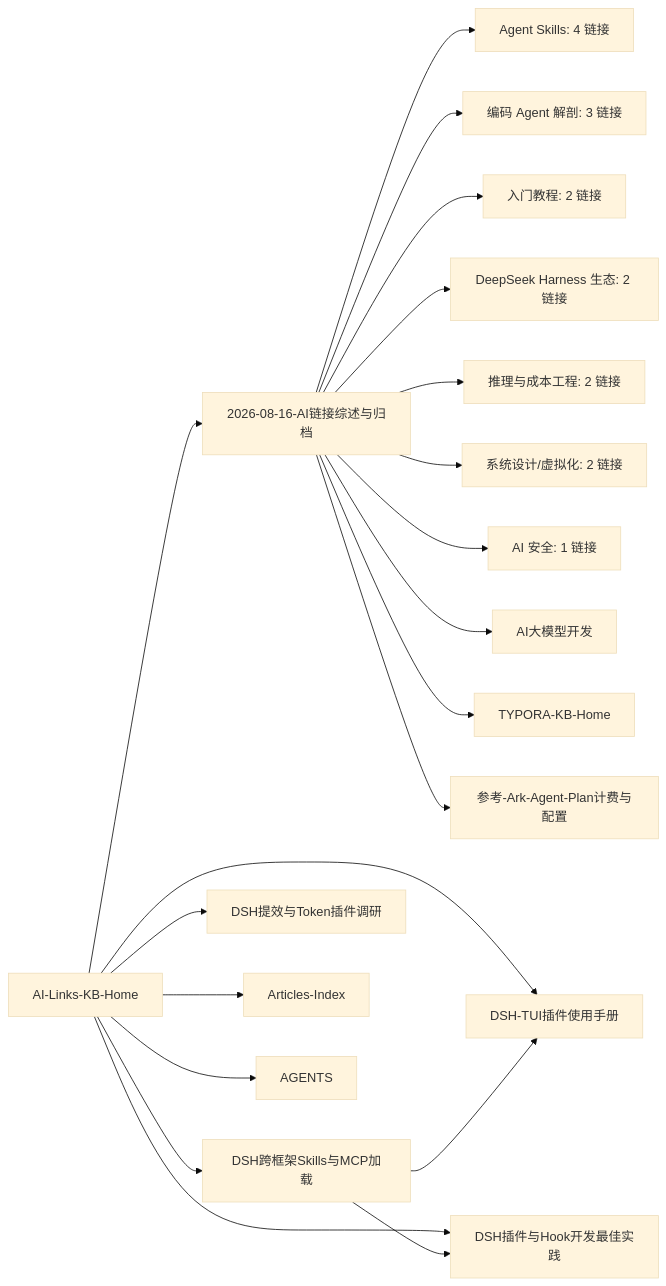
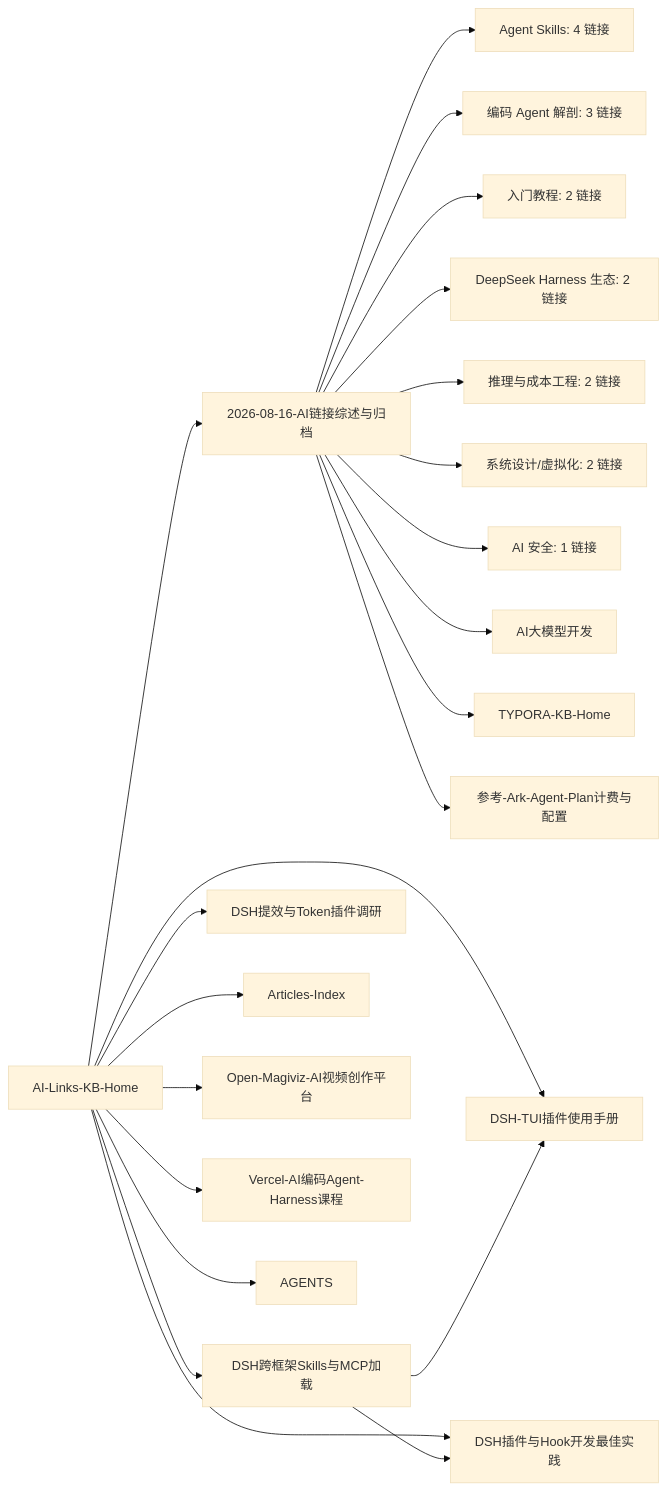
Before and after one commit to L-ingqin12/agent-knowledge-base: the diagram in ai-links/AI-Links-KB-Home.md, drawn with Mermaid (base theme). The commit also changed other lines of this file and 161 other files, not shown here.

Commit message:
docs: 追加 K3 训练实录 / Open-Magiviz / Vercel Agent Harness 课程归档 (脱敏)

````diff
--- a/ai-links/AI-Links-KB-Home.md
+++ b/ai-links/AI-Links-KB-Home.md
@@ -34,22 +36,24 @@
 ```mermaid
 graph LR
   HOME[AI-Links-KB-Home] --> MAIN[2026-08-16-AI链接综述与归档]
   HOME --> BRIDGE[DSH跨框架Skills与MCP加载]
   HOME --> TUI[DSH-TUI插件使用手册]
   HOME --> DEVBEST[DSH插件与Hook开发最佳实践]
   HOME --> PLUGINS[DSH提效与Token插件调研]
   HOME --> ARTICLES[Articles-Index]
+  HOME --> MAGIVIZ[Open-Magiviz-AI视频创作平台]
+  HOME --> VERCEL[Vercel-AI编码Agent-Harness课程]
   MAIN --> SKILLS[Agent Skills: 4 链接]
   MAIN --> ANATOMY[编码 Agent 解剖: 3 链接]
   MAIN --> TUTOR[入门教程: 2 链接]
   MAIN --> HARNESS[DeepSeek Harness 生态: 2 链接]
   MAIN --> INFER[推理与成本工程: 2 链接]
   MAIN --> BASE[系统设计/虚拟化: 2 链接]
   MAIN --> SEC[AI 安全: 1 链接]
   BRIDGE --> TUI
   BRIDGE --> DEVBEST
   HOME --> AGENTS[AGENTS]
   MAIN --> AI[AI大模型开发]
   MAIN --> TYPORA[TYPORA-KB-Home]
   MAIN --> ARK[参考-Ark-Agent-Plan计费与配置]
 ```
````
